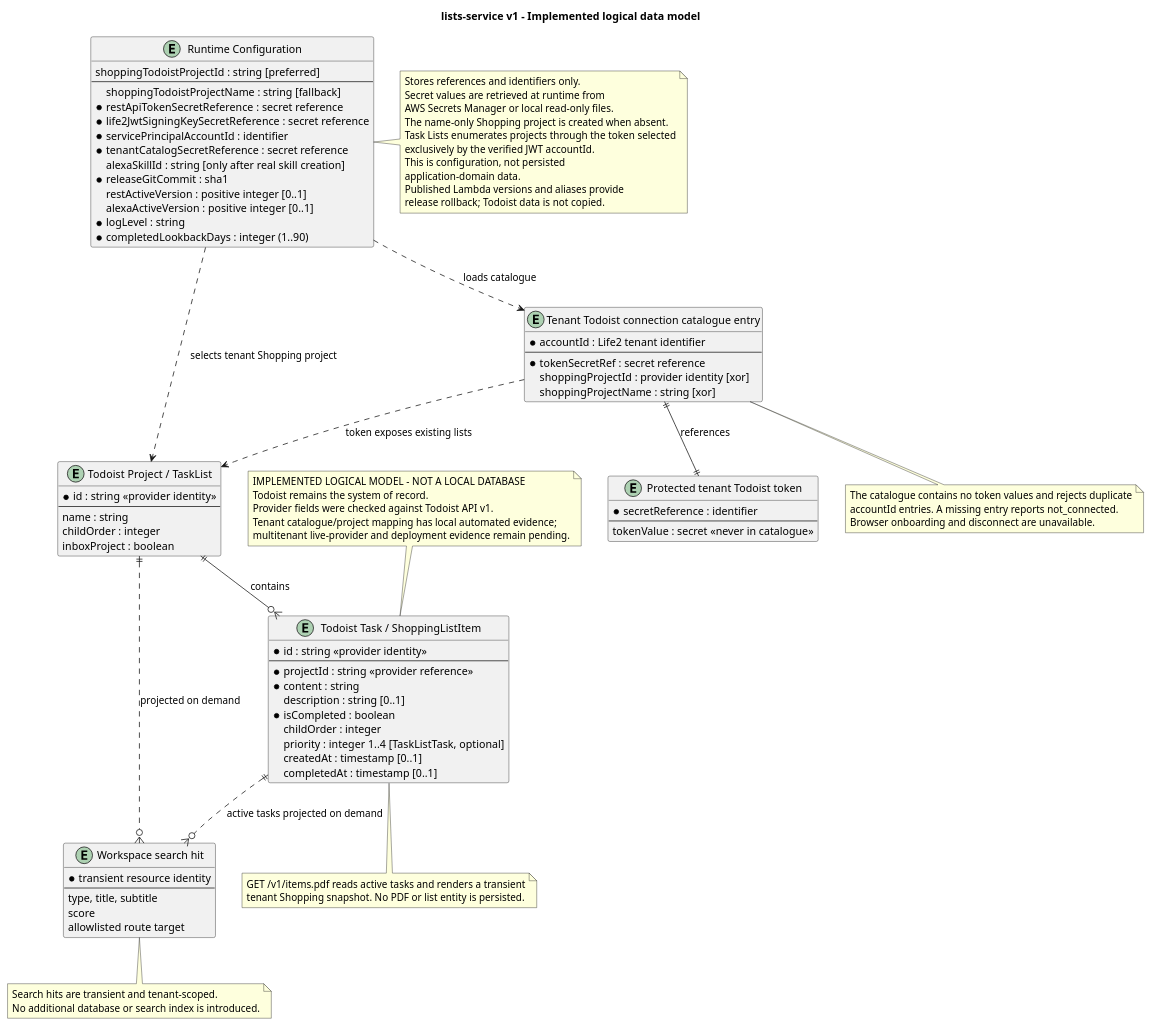
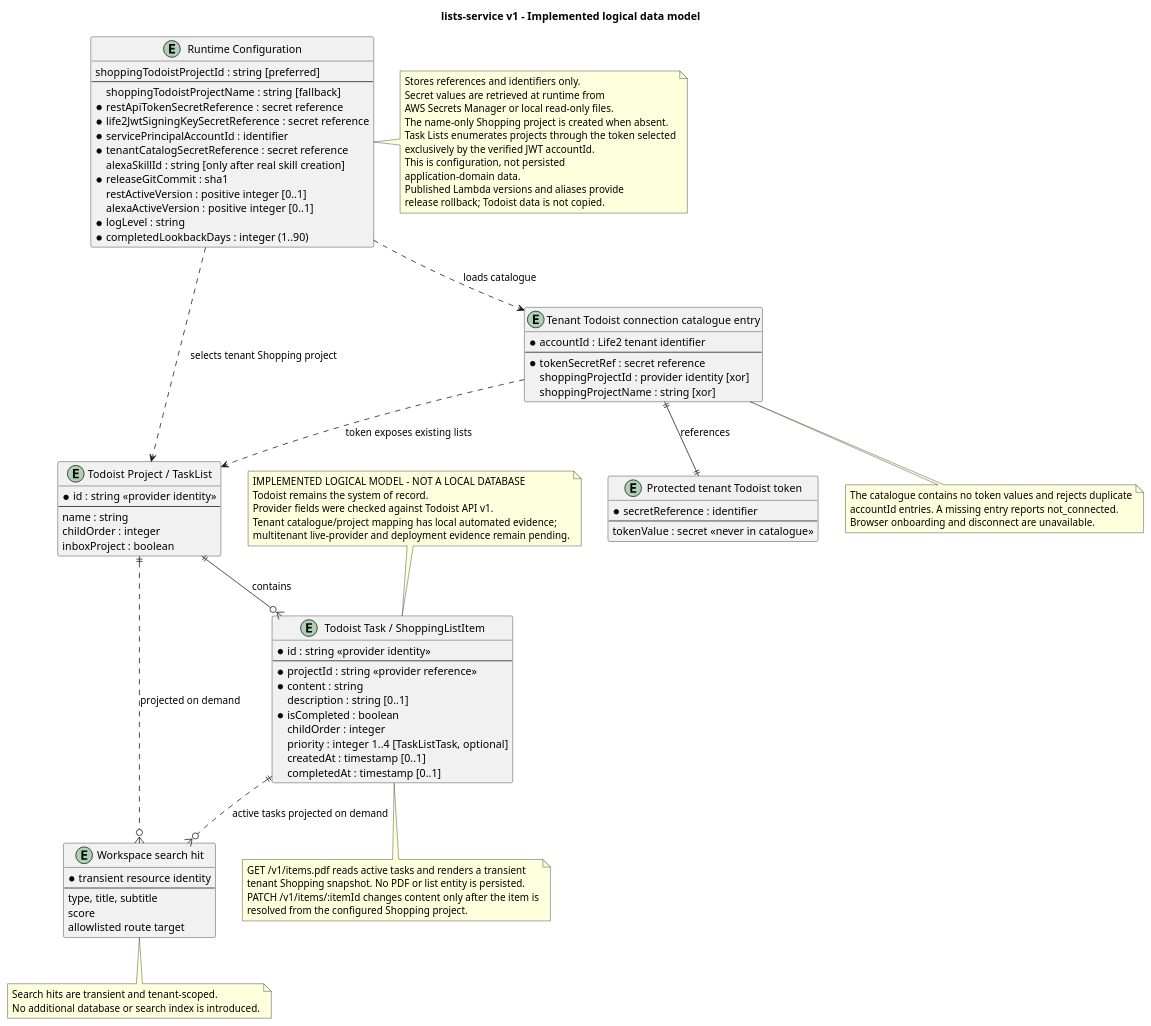
One commit to ralfepoisson/lists-service changed the diagram in docs/architecture/erd.puml. Above: the diagram before and after it, drawn with PlantUML. The commit also changed 18 other files, not shown here.

Commit message:
feat: support tenant-scoped shopping item editing

```diff
--- a/docs/architecture/erd.puml
+++ b/docs/architecture/erd.puml
@@ -1,114 +1,116 @@
 @startuml
 title lists-service v1 - Implemented logical data model
 
 hide methods
 hide stereotypes
 skinparam shadowing false
 
 note as StatusNote
   IMPLEMENTED LOGICAL MODEL - NOT A LOCAL DATABASE
   Todoist remains the system of record.
   Provider fields were checked against Todoist API v1.
   Tenant catalogue/project mapping has local automated evidence;
   multitenant live-provider and deployment evidence remain pending.
 end note
 
 entity "Todoist Project / TaskList" as Project {
   * id : string <<provider identity>>
   --
   name : string
   childOrder : integer
   inboxProject : boolean
 }
 
 entity "Todoist Task / ShoppingListItem" as Item {
   * id : string <<provider identity>>
   --
   * projectId : string <<provider reference>>
   * content : string
   description : string [0..1]
   * isCompleted : boolean
   childOrder : integer
   priority : integer 1..4 [TaskListTask, optional]
   createdAt : timestamp [0..1]
   completedAt : timestamp [0..1]
 }
 
 entity "Runtime Configuration" as Configuration {
   shoppingTodoistProjectId : string [preferred]
   --
   shoppingTodoistProjectName : string [fallback]
   * restApiTokenSecretReference : secret reference
   * life2JwtSigningKeySecretReference : secret reference
   * servicePrincipalAccountId : identifier
   * tenantCatalogSecretReference : secret reference
   alexaSkillId : string [only after real skill creation]
   * releaseGitCommit : sha1
   restActiveVersion : positive integer [0..1]
   alexaActiveVersion : positive integer [0..1]
   * logLevel : string
   * completedLookbackDays : integer (1..90)
 }
 
 entity "Tenant Todoist connection catalogue entry" as Connection {
   * accountId : Life2 tenant identifier
   --
   * tokenSecretRef : secret reference
   shoppingProjectId : provider identity [xor]
   shoppingProjectName : string [xor]
 }
 
 entity "Protected tenant Todoist token" as TenantToken {
   * secretReference : identifier
   --
   tokenValue : secret <<never in catalogue>>
 }
 
 entity "Workspace search hit" as SearchHit {
   * transient resource identity
   --
   type, title, subtitle
   score
   allowlisted route target
 }
 
 Project ||--o{ Item : contains
 Connection ..> Project : token exposes existing lists
 Connection ||--|| TenantToken : references
 Configuration ..> Connection : loads catalogue
 Configuration ..> Project : selects tenant Shopping project
 Project ||..o{ SearchHit : projected on demand
 Item ||..o{ SearchHit : active tasks projected on demand
 
 note right of Configuration
   Stores references and identifiers only.
   Secret values are retrieved at runtime from
   AWS Secrets Manager or local read-only files.
   The name-only Shopping project is created when absent.
   Task Lists enumerates projects through the token selected
   exclusively by the verified JWT accountId.
   This is configuration, not persisted
   application-domain data.
   Published Lambda versions and aliases provide
   release rollback; Todoist data is not copied.
 end note
 
 note bottom of Connection
   The catalogue contains no token values and rejects duplicate
   accountId entries. A missing entry reports not_connected.
   Browser onboarding and disconnect are unavailable.
 end note
 
 note bottom of Item
   GET /v1/items.pdf reads active tasks and renders a transient
   tenant Shopping snapshot. No PDF or list entity is persisted.
+  PATCH /v1/items/:itemId changes content only after the item is
+  resolved from the configured Shopping project.
 end note
 
 note bottom of SearchHit
   Search hits are transient and tenant-scoped.
   No additional database or search index is introduced.
 end note
 
 StatusNote .. Item
 
 @enduml
```
